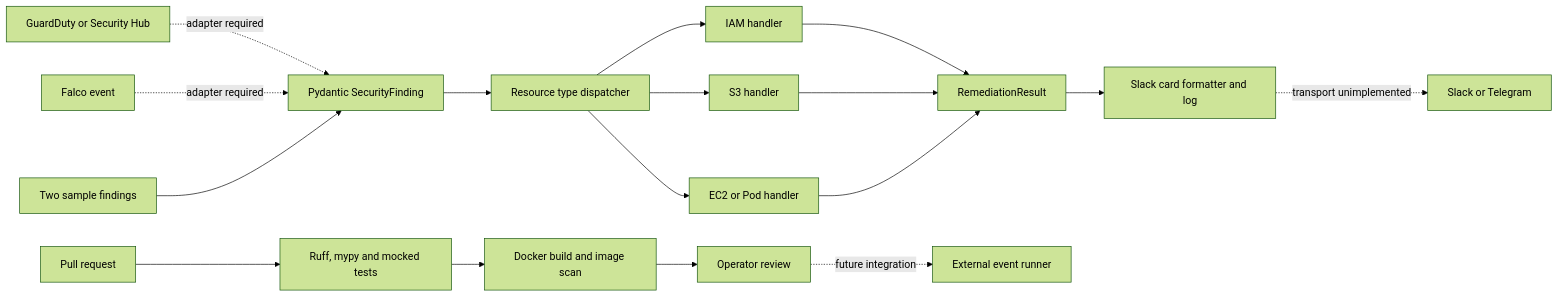
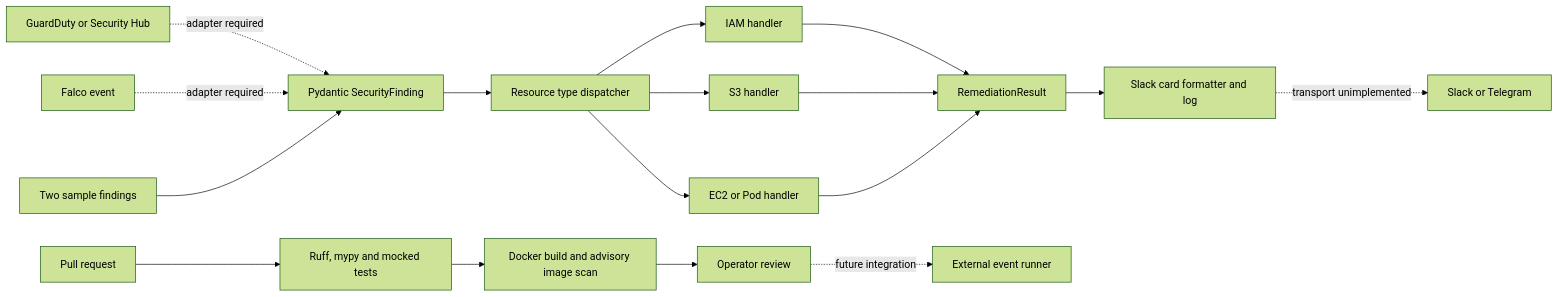
The diagram in README.md (huy8114644/cloud-security-auto-remediation), drawn with Mermaid (forest theme) before and after one commit. The commit also changed other lines of this file, not shown here.

Commit message:
docs(readme): clarify CI scan exit behavior and simulation digest scope

````diff
--- a/README.md
+++ b/README.md
@@ -9,17 +9,17 @@
 ```mermaid
 flowchart LR
   AWS[GuardDuty or Security Hub] -. adapter required .-> Finding[Pydantic SecurityFinding]
   Falco[Falco event] -. adapter required .-> Finding
   Sample[Two sample findings] --> Finding
   Finding --> Dispatcher[Resource type dispatcher]
   Dispatcher --> IAM[IAM handler]
   Dispatcher --> S3[S3 handler]
   Dispatcher --> Host[EC2 or Pod handler]
   IAM & S3 & Host --> Result[RemediationResult]
   Result --> Card[Slack card formatter and log]
   Card -. transport unimplemented .-> Alert[Slack or Telegram]
   PR[Pull request] --> Checks[Ruff, mypy and mocked tests]
-  Checks --> Image[Docker build and image scan]
+  Checks --> Image[Docker build and advisory image scan]
   Image --> Review[Operator review]
   Review -. future integration .-> Runtime[External event runner]
 ```
````
